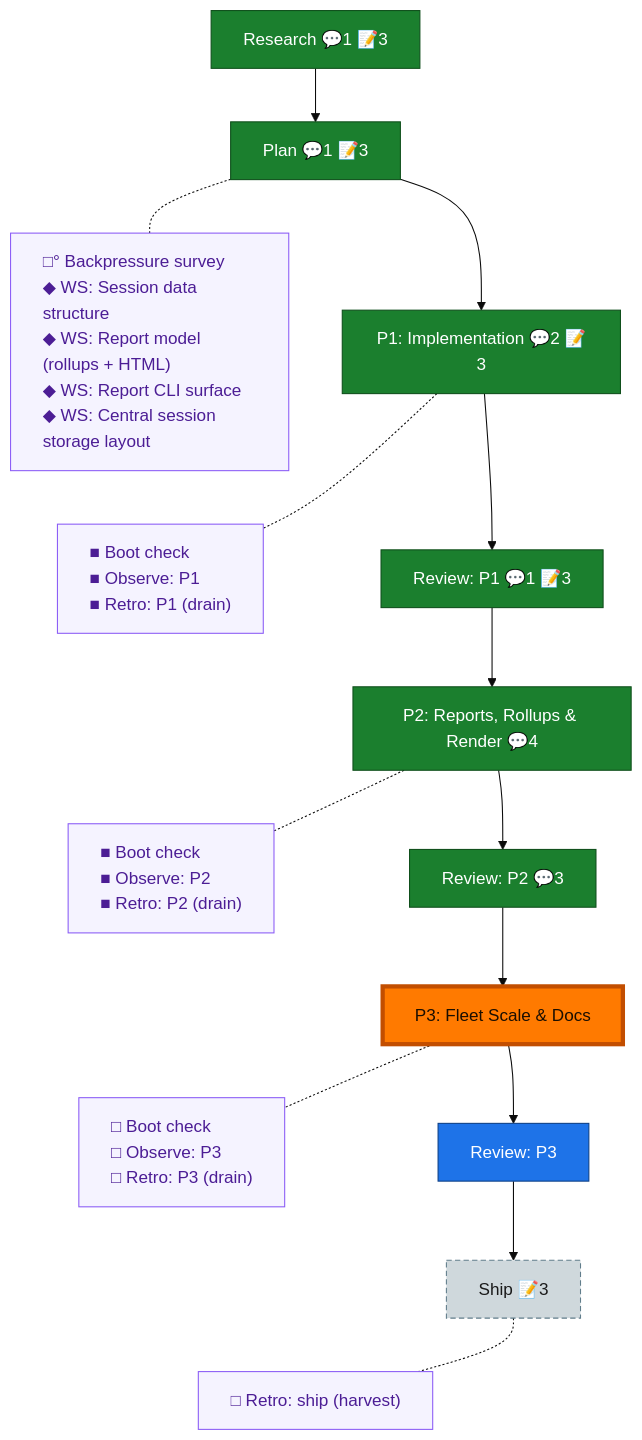
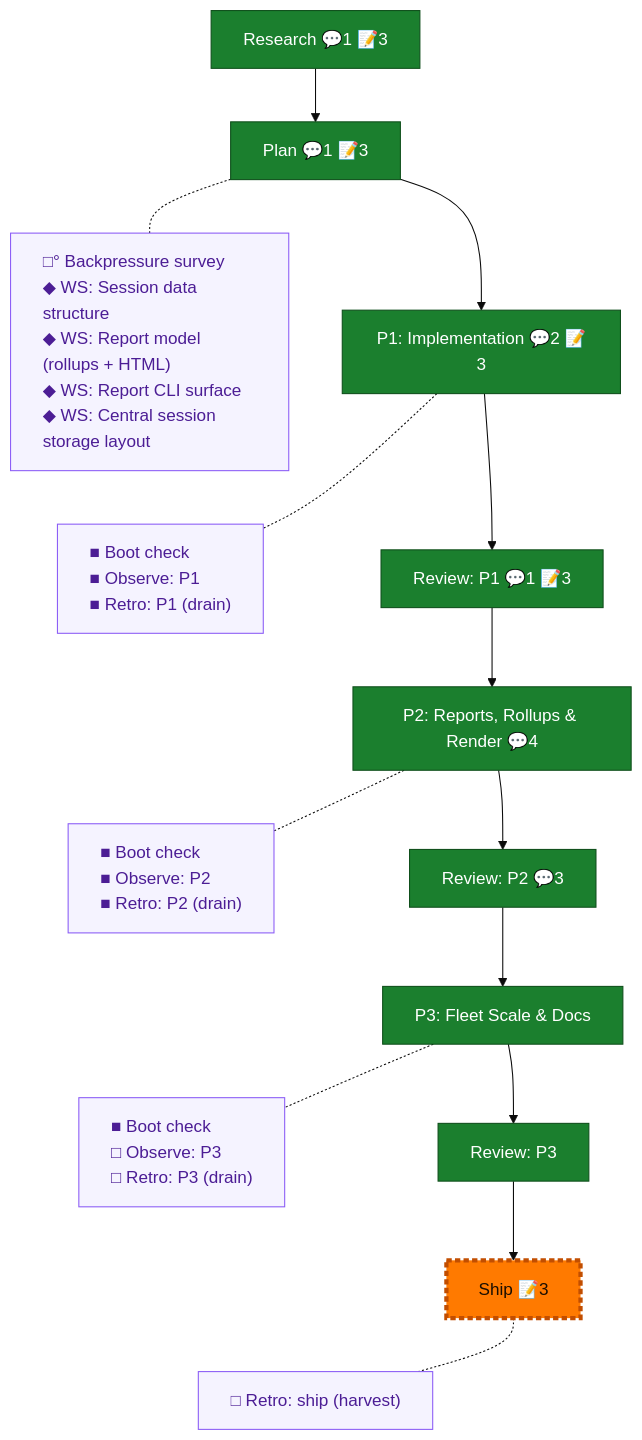
Before and after one commit to AI-Substrate/harness-engineering: the diagram in docs/plans/047-session-telemetry-dashboard/the-flow.md, drawn with Mermaid (base theme). The commit also changed other lines of this file and 26 other files, not shown here.

````diff
--- a/docs/plans/047-session-telemetry-dashboard/the-flow.md
+++ b/docs/plans/047-session-telemetry-dashboard/the-flow.md
@@ -8,37 +8,36 @@
 ```mermaid
 flowchart TD
     research["Research 💬1 📝3"]:::done
     plan["Plan 💬1 📝3"]:::done
     phase_1["P1: Implementation 💬2 📝3"]:::done
     review_1["Review: P1 💬1 📝3"]:::done
     phase_2["P2: Reports, Rollups & Render 💬4"]:::done
     review_2["Review: P2 💬3"]:::done
-    phase_3["P3: Fleet Scale & Docs"]:::known
-    review_3["Review: P3"]:::known
+    phase_3["P3: Fleet Scale & Docs"]:::done
+    review_3["Review: P3"]:::done
     ship["Ship 📝3"]:::assumed
 
     research --> plan --> phase_1 --> review_1 --> phase_2 --> review_2 --> phase_3 --> review_3 --> ship
 
     planC["□° Backpressure survey<br/>◆ WS: Session data structure<br/>◆ WS: Report model (rollups + HTML)<br/>◆ WS: Report CLI surface<br/>◆ WS: Central session storage layout"]:::chore
     phase_1C["■ Boot check<br/>■ Observe: P1<br/>■ Retro: P1 (drain)"]:::chore
     phase_2C["■ Boot check<br/>■ Observe: P2<br/>■ Retro: P2 (drain)"]:::chore
-    phase_3C["□ Boot check<br/>□ Observe: P3<br/>□ Retro: P3 (drain)"]:::chore
+    phase_3C["■ Boot check<br/>□ Observe: P3<br/>□ Retro: P3 (drain)"]:::chore
     shipC["□ Retro: ship (harvest)"]:::chore
 
     %% invisible chain holds the gutter boxes in their own column
     planC ~~~ phase_1C ~~~ phase_2C ~~~ phase_3C ~~~ shipC
 
     %% dotted links pull each gutter box beside its node
     plan -.- planC
     phase_1 -.- phase_1C
     phase_2 -.- phase_2C
     phase_3 -.- phase_3C
     ship -.- shipC
 
     classDef done fill:#1B7F2E,stroke:#0F4F1B,color:#fff;
-    classDef known fill:#1E73E8,stroke:#0D3F86,color:#fff;
     classDef assumed fill:#CFD8DC,stroke:#607D8B,color:#1a1a1a,stroke-dasharray:5 3;
     classDef chore fill:#f5f3ff,stroke:#8b5cf6,color:#4c1d95,text-align:left;
     classDef current fill:#FF7A00,stroke:#C24E00,color:#1a0e00,stroke-width:4px;
-    class phase_3 current;
+    class ship current;
 ```
````
